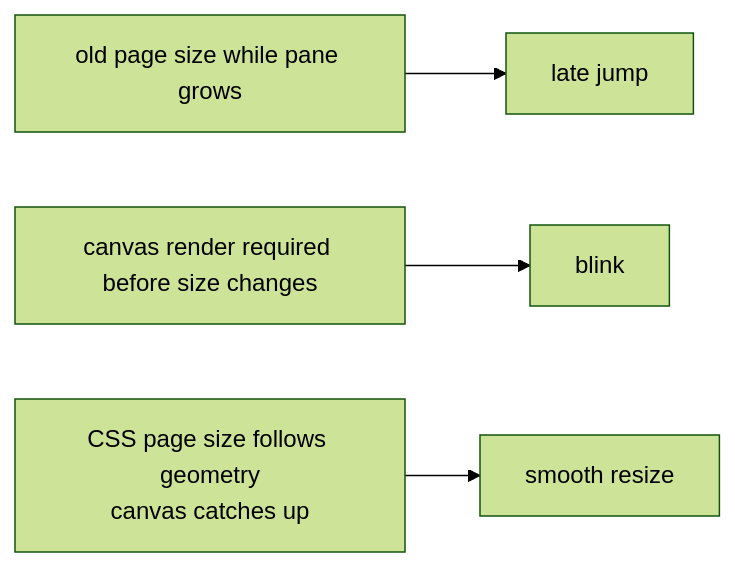
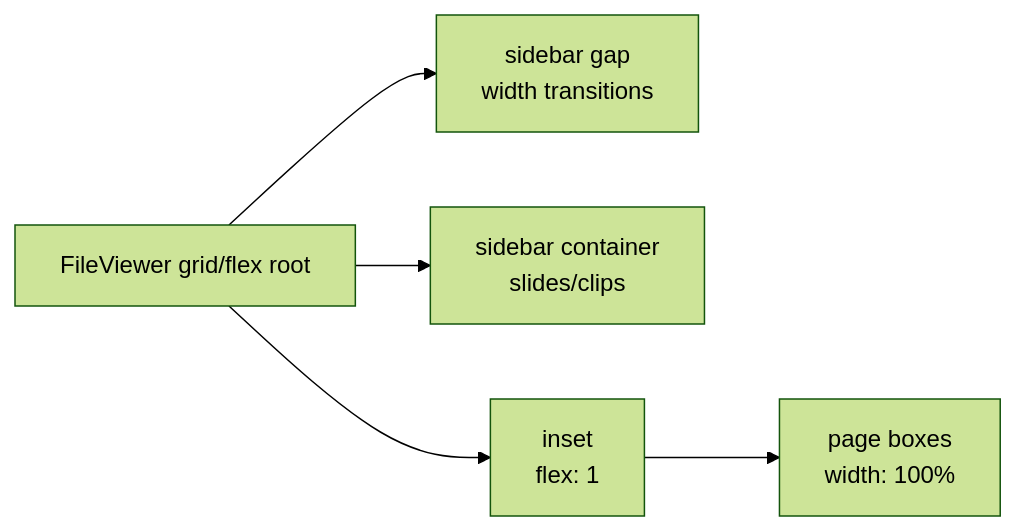
Before and after one commit to retab-dev/retab-ui: diagram 15 of 22 in design/file-viewer-geometry-contract-blueprint.md, drawn with Mermaid (forest theme). The commit also changed other lines of this file and 98 other files, not shown here.

````diff
--- a/design/file-viewer-geometry-contract-blueprint.md
+++ b/design/file-viewer-geometry-contract-blueprint.md
@@ -316,6 +737,13 @@
 ```mermaid
 flowchart LR
-  A["old page size while pane grows"] --> Bad1["late jump"]
-  B["canvas render required before size changes"] --> Bad2["blink"]
-  C["CSS page size follows geometry<br/>canvas catches up"] --> Good["smooth resize"]
+  Root["FileViewer grid/flex root"]
+  SidebarGap["sidebar gap<br/>width transitions"]
+  SidebarContainer["sidebar container<br/>slides/clips"]
+  Inset["inset<br/>flex: 1"]
+  PageBox["page boxes<br/>width: 100%"]
+
+  Root --> SidebarGap
+  Root --> SidebarContainer
+  Root --> Inset
+  Inset --> PageBox
 ```
````
